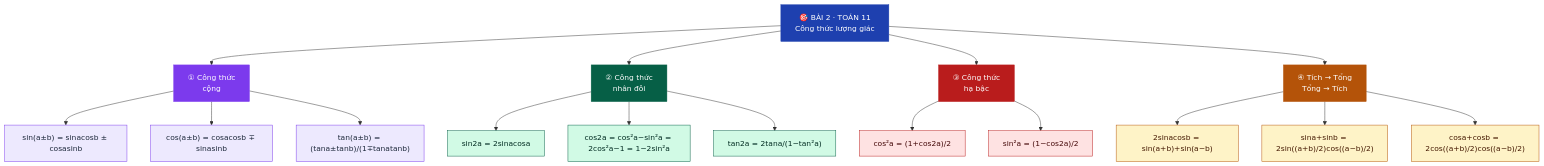
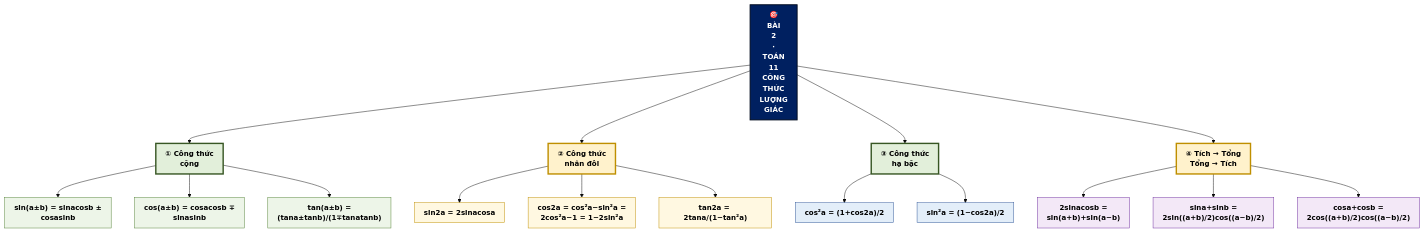
One commit to Trangtu66/Taode_thi_online changed diagram 13 of 30 in README.md. Above: the diagram before and after it, drawn with Mermaid. The commit also changed other lines of this file and 299 other files, not shown here.

````diff
--- a/README.md
+++ b/README.md
@@ -495,33 +547,36 @@
 ```mermaid
+%%{init: {"theme": "base", "htmlLabels": true, "flowchart": {"htmlLabels": true, "padding": 10, "curve": "basis"}, "themeVariables": {"fontSize": "15px"}}}%%
 graph TD
-    G["🎯 BÀI 2 · TOÁN 11<br/>Công thức lượng giác"]:::root
+    G["🎯<BR/>BÀI<BR/>2<BR/>·<BR/>TOÁN<BR/>11<BR/>CÔNG<BR/>THỨC<BR/>LƯỢNG<BR/>GIÁC"]:::root
     G --> A["① Công thức<br/>cộng"]:::n1
     G --> B["② Công thức<br/>nhân đôi"]:::n2
     G --> C["③ Công thức<br/>hạ bậc"]:::n3
     G --> D["④ Tích → Tổng<br/>Tổng → Tích"]:::n4
 
-    A --> A1["sin(a±b) = sinacosb ± cosasinb"]:::l1
-    A --> A2["cos(a±b) = cosacosb ∓ sinasinb"]:::l1
-    A --> A3["tan(a±b) = (tana±tanb)/(1∓tanatanb)"]:::l1
+    A --> A1["sin(a±b) = sinacosb ±<br/>cosasinb"]:::l1
+    A --> A2["cos(a±b) = cosacosb ∓<br/>sinasinb"]:::l1
+    A --> A3["tan(a±b) =<br/>(tana±tanb)/(1∓tanatanb)"]:::l1
 
     B --> B1["sin2a = 2sinacosa"]:::l2
-    B --> B2["cos2a = cos²a−sin²a = 2cos²a−1 = 1−2sin²a"]:::l2
+    B --> B2["cos2a = cos²a−sin²a =<br/>2cos²a−1 = 1−2sin²a"]:::l2
     B --> B3["tan2a = 2tana/(1−tan²a)"]:::l2
 
     C --> C1["cos²a = (1+cos2a)/2"]:::l3
     C --> C2["sin²a = (1−cos2a)/2"]:::l3
 
-    D --> D1["2sinacosb = sin(a+b)+sin(a−b)"]:::l4
-    D --> D2["sina+sinb = 2sin((a+b)/2)cos((a−b)/2)"]:::l4
-    D --> D3["cosa+cosb = 2cos((a+b)/2)cos((a−b)/2)"]:::l4
+    D --> D1["2sinacosb =<br/>sin(a+b)+sin(a−b)"]:::l4
+    D --> D2["sina+sinb =<br/>2sin((a+b)/2)cos((a−b)/2)"]:::l4
+    D --> D3["cosa+cosb =<br/>2cos((a+b)/2)cos((a−b)/2)"]:::l4
 
-    classDef root fill:#1E40AF,color:#fff,stroke:#1E40AF
-    classDef n1 fill:#7C3AED,color:#fff,stroke:#7C3AED
-    classDef n2 fill:#065F46,color:#fff,stroke:#065F46
-    classDef n3 fill:#B91C1C,color:#fff,stroke:#B91C1C
-    classDef n4 fill:#B45309,color:#fff,stroke:#B45309
-    classDef l1 fill:#EDE9FE,color:#1E293B,stroke:#7C3AED
-    classDef l2 fill:#D1FAE5,color:#022c22,stroke:#065F46
-    classDef l3 fill:#FEE2E2,color:#450a0a,stroke:#B91C1C
-    classDef l4 fill:#FEF3C7,color:#451a03,stroke:#B45309
+    classDef root fill:#002060,color:#FFFFFF,stroke:#000B1E,stroke-width:2px,font-weight:bold
+    classDef n1 fill:#E2EFDA,color:#000000,stroke:#375623,stroke-width:3px,font-weight:bold
+    classDef n2 fill:#FFF2CC,color:#000000,stroke:#BF8F00,stroke-width:3px,font-weight:bold
+    classDef n3 fill:#E2EFDA,color:#000000,stroke:#375623,stroke-width:3px,font-weight:bold
+    classDef n4 fill:#FFF2CC,color:#000000,stroke:#BF8F00,stroke-width:3px,font-weight:bold
+    classDef n5 fill:#E2EFDA,color:#000000,stroke:#375623,stroke-width:3px,font-weight:bold
+    classDef l1 fill:#EDF5E8,color:#000000,stroke:#548235
+    classDef l2 fill:#FFF8E1,color:#000000,stroke:#BF8F00
+    classDef l3 fill:#E3EEF9,color:#000000,stroke:#2F5597
+    classDef l4 fill:#F3E8F7,color:#000000,stroke:#7030A0
+    classDef l5 fill:#FDE9E1,color:#000000,stroke:#C55A11
 ```
````
